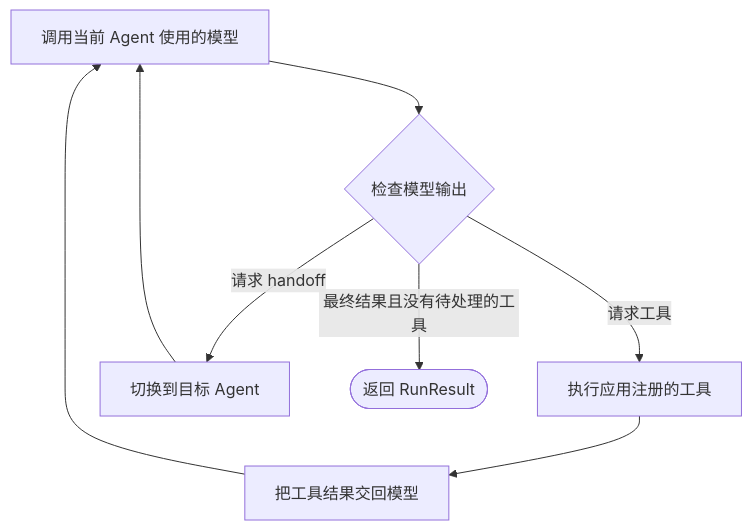
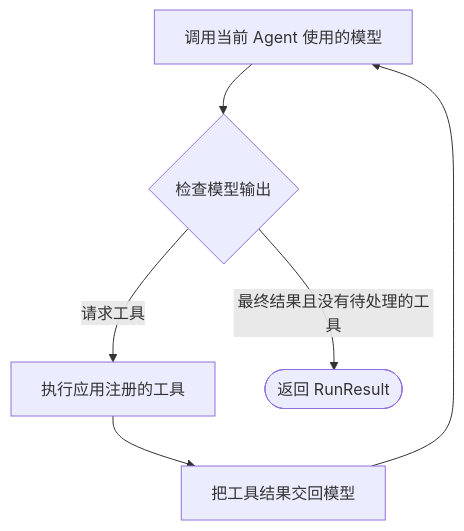
One commit to M1racleShih/openai-agents-sdk-learning-lab changed the diagram in docs/lessons/m00-first-agent.md. Above: the diagram before and after it, drawn with Mermaid. The commit also changed other lines of this file and 34 other files, not shown here.

````diff
--- a/docs/lessons/m00-first-agent.md
+++ b/docs/lessons/m00-first-agent.md
@@ -46,10 +48,8 @@
 ```mermaid
 flowchart TD
     A["调用当前 Agent 使用的模型"] --> B{"检查模型输出"}
     B -->|"请求工具"| C["执行应用注册的工具"]
     C --> D["把工具结果交回模型"]
     D --> A
-    B -->|"请求 handoff"| E["切换到目标 Agent"]
-    E --> A
     B -->|"最终结果且没有待处理的工具"| F(["返回 RunResult"])
 ```
````
